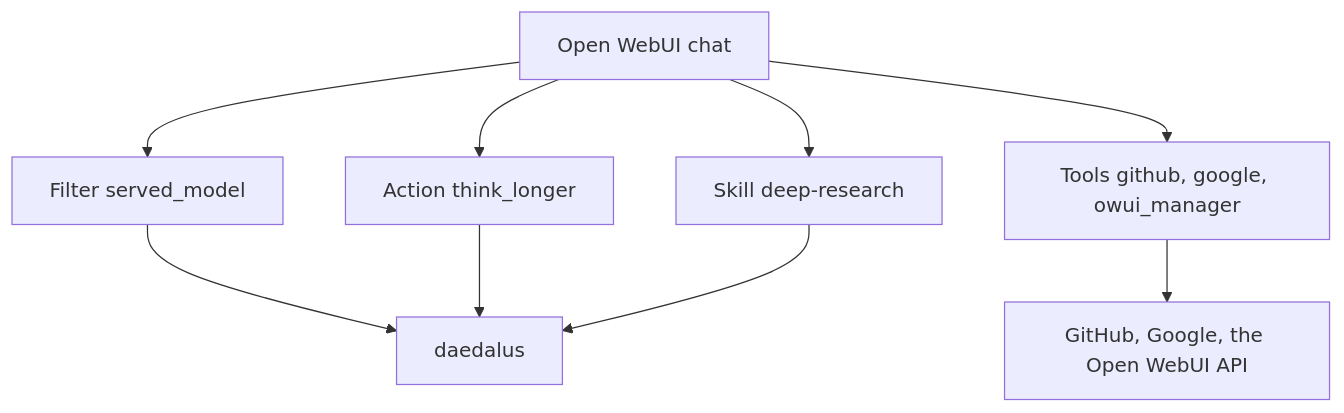
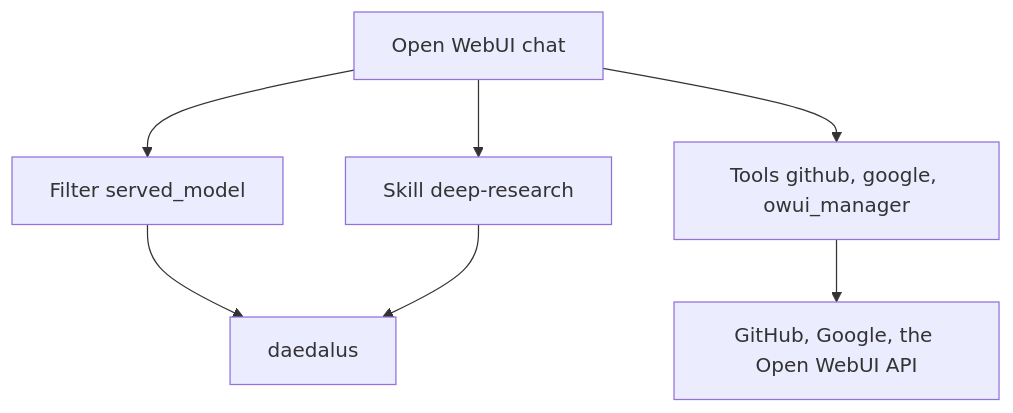
The diagram in docs/integrations/owui.md (nemoe7/daedalus), drawn with Mermaid before and after one commit. The commit also changed other lines of this file and 28 other files, not shown here.

````diff
--- a/docs/integrations/owui.md
+++ b/docs/integrations/owui.md
@@ -16,11 +15,9 @@
 ```mermaid
 flowchart TD
   A[Open WebUI chat] --> B[Filter served_model]
-  A --> C[Action think_longer]
   A --> D[Tools github, google, owui_manager]
   A --> E[Skill deep-research]
   B --> F[daedalus]
-  C --> F
   D --> G[GitHub, Google, the Open WebUI API]
   E --> F
 ```
````
